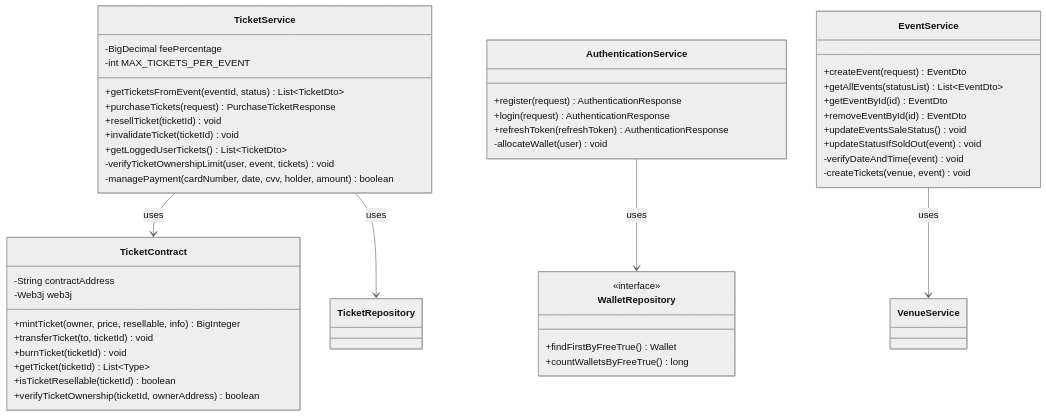
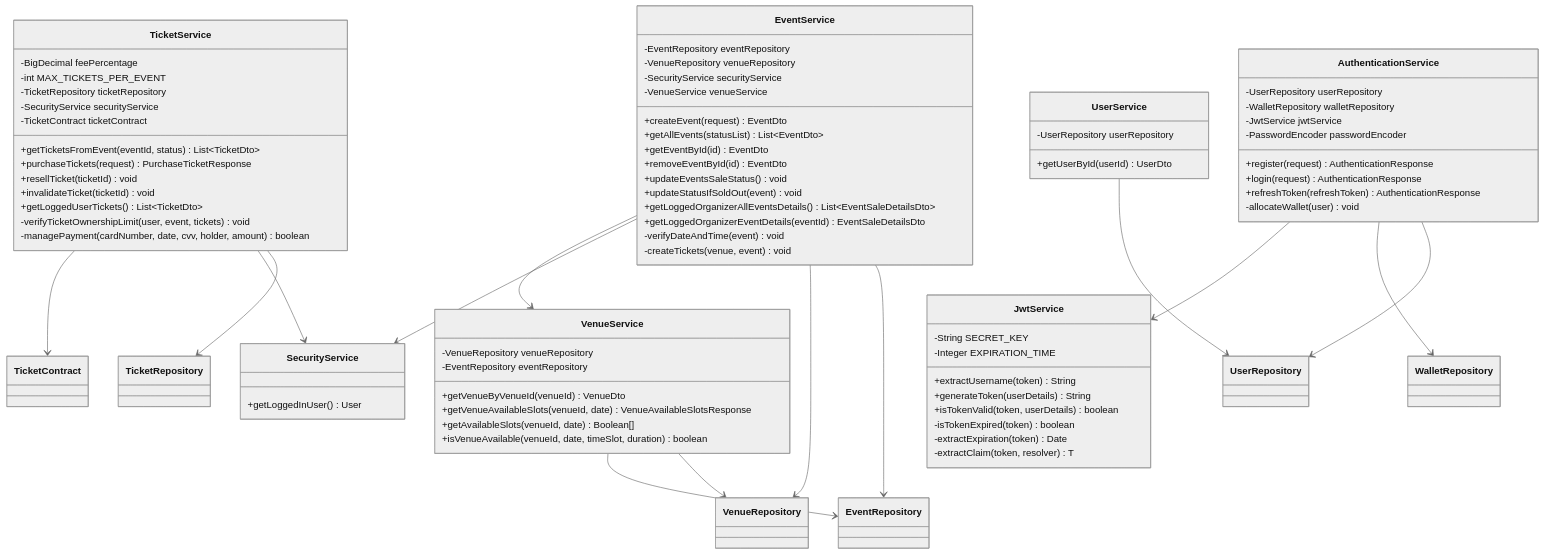
The third of 7 diagrams in docs/class-diagram.md (s-lusito/TicketBlock-Ing_Sw), drawn with Mermaid (neutral theme) before and after one commit. The commit also changed other lines of this file, not shown here.

Commit message:
Expand class diagram with comprehensive architecture coverage

````diff
--- a/docs/class-diagram.md
+++ b/docs/class-diagram.md
@@ -119,6 +199,9 @@
     class TicketService {
         -BigDecimal feePercentage
         -int MAX_TICKETS_PER_EVENT
+        -TicketRepository ticketRepository
+        -SecurityService securityService
+        -TicketContract ticketContract
         +getTicketsFromEvent(eventId, status) List~TicketDto~
         +purchaseTickets(request) PurchaseTicketResponse
         +resellTicket(ticketId) void
@@ -128,43 +211,74 @@
         -managePayment(cardNumber, date, cvv, holder, amount) boolean
     }
 
-    class TicketContract {
-        -String contractAddress
-        -Web3j web3j
-        +mintTicket(owner, price, resellable, info) BigInteger
-        +transferTicket(to, ticketId) void
-        +burnTicket(ticketId) void
-        +getTicket(ticketId) List~Type~
-        +isTicketResellable(ticketId) boolean
-        +verifyTicketOwnership(ticketId, ownerAddress) boolean
+    class EventService {
+        -EventRepository eventRepository
+        -VenueRepository venueRepository
+        -SecurityService securityService
+        -VenueService venueService
+        +createEvent(request) EventDto
+        +getAllEvents(statusList) List~EventDto~
+        +getEventById(id) EventDto
+        +removeEventById(id) EventDto
+        +updateEventsSaleStatus() void
+        +updateStatusIfSoldOut(event) void
+        +getLoggedOrganizerAllEventsDetails() List~EventSaleDetailsDto~
+        +getLoggedOrganizerEventDetails(eventId) EventSaleDetailsDto
+        -verifyDateAndTime(event) void
+        -createTickets(venue, event) void
+    }
+
+    class VenueService {
+        -VenueRepository venueRepository
+        -EventRepository eventRepository
+        +getVenueByVenueId(venueId) VenueDto
+        +getVenueAvailableSlots(venueId, date) VenueAvailableSlotsResponse
+        +getAvailableSlots(venueId, date) Boolean[]
+        +isVenueAvailable(venueId, date, timeSlot, duration) boolean
     }
 
     class AuthenticationService {
+        -UserRepository userRepository
+        -WalletRepository walletRepository
+        -JwtService jwtService
+        -PasswordEncoder passwordEncoder
         +register(request) AuthenticationResponse
         +login(request) AuthenticationResponse
         +refreshToken(refreshToken) AuthenticationResponse
         -allocateWallet(user) void
     }
 
-    class WalletRepository {
-        <<interface>>
-        +findFirstByFreeTrue() Wallet
-        +countWalletsByFreeTrue() long
+    class UserService {
+        -UserRepository userRepository
+        +getUserById(userId) UserDto
     }
 
-    class EventService {
-        +createEvent(request) EventDto
-        +getAllEvents(statusList) List~EventDto~
-        +getEventById(id) EventDto
-        +removeEventById(id) EventDto
-        +updateEventsSaleStatus() void
-        +updateStatusIfSoldOut(event) void
-        -verifyDateAndTime(event) void
-        -createTickets(venue, event) void
+    class SecurityService {
+        +getLoggedInUser() User
     }
 
-    TicketService --> TicketContract : uses
-    TicketService --> TicketRepository : uses
-    AuthenticationService --> WalletRepository : uses
-    EventService --> VenueService : uses
+    class JwtService {
+        -String SECRET_KEY
+        -Integer EXPIRATION_TIME
+        +extractUsername(token) String
+        +generateToken(userDetails) String
+        +isTokenValid(token, userDetails) boolean
+        -isTokenExpired(token) boolean
+        -extractExpiration(token) Date
+        -extractClaim(token, resolver) T
+    }
+
+    TicketService --> TicketRepository
+    TicketService --> SecurityService
+    TicketService --> TicketContract
+    EventService --> EventRepository
+    EventService --> VenueRepository
+    EventService --> SecurityService
+    EventService --> VenueService
+    VenueService --> VenueRepository
+    VenueService --> EventRepository
+    AuthenticationService --> UserRepository
+    AuthenticationService --> WalletRepository
+    AuthenticationService --> JwtService
+    UserService --> UserRepository
 ```
````
